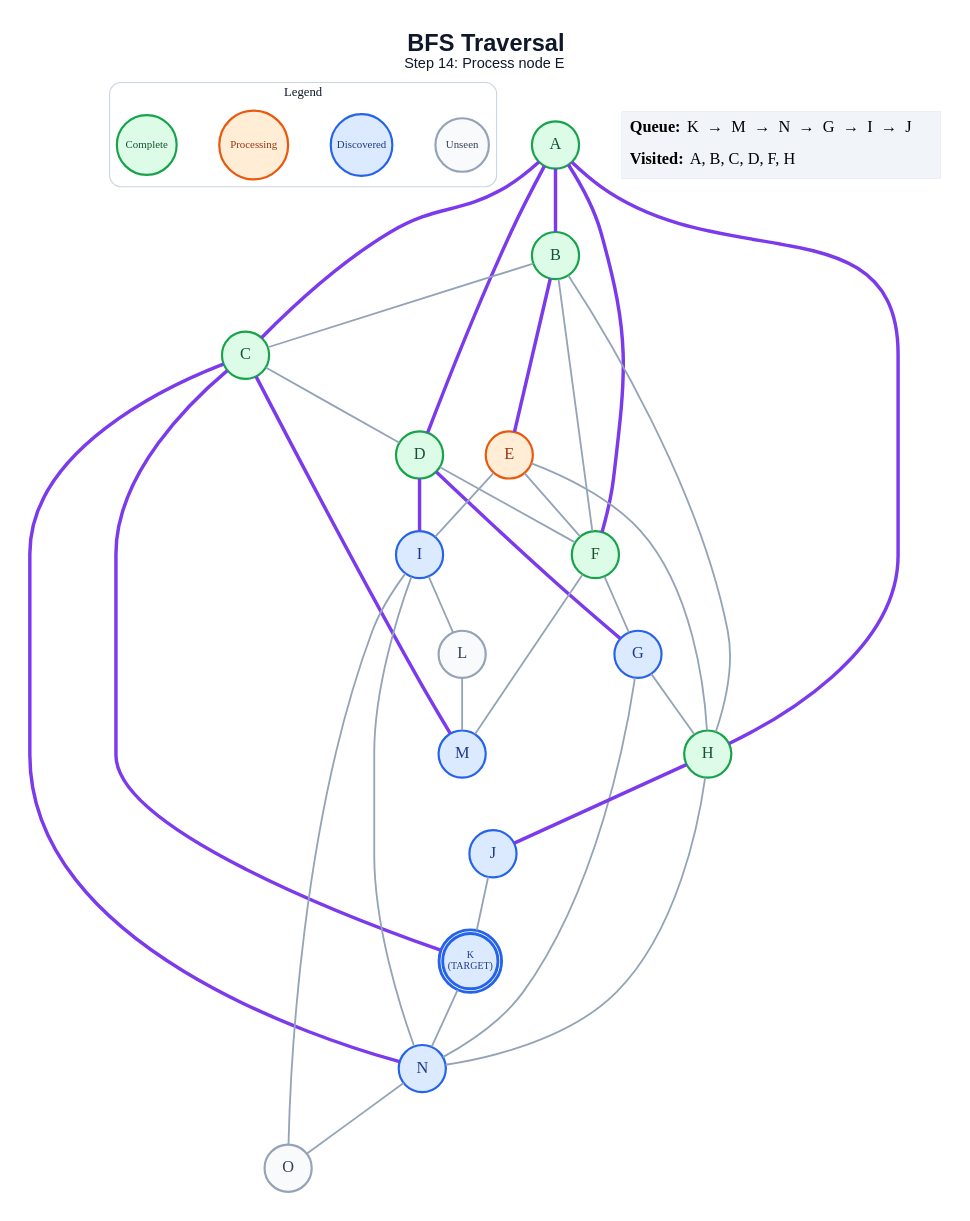
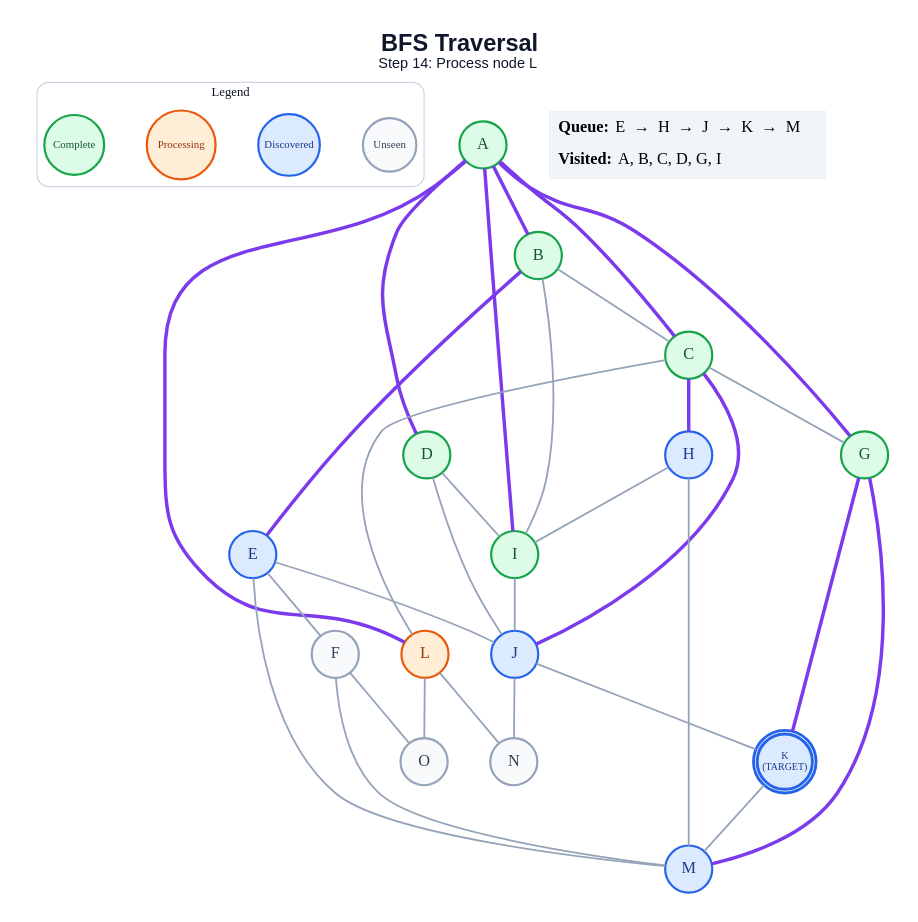
The diagram in generated/specific-node/bfs/step_14.dot (anon7238593-create/ai-slop), drawn with Graphviz before and after one commit. The commit also changed 236 other files, not shown here.

```diff
--- a/generated/specific-node/bfs/step_14.dot
+++ b/generated/specific-node/bfs/step_14.dot
@@ -1,66 +1,64 @@
 graph traversal {
   graph [layout=dot, rankdir=TB, bgcolor="#FFFFFF", pad="0.35", nodesep="0.65", ranksep="0.8", fontname="Arial"];
   node [shape=circle, style="filled", fontname="Arial Bold", fontsize=18, width=0.72, fixedsize=true, penwidth=2.4];
   edge [color="#94A3B8", penwidth=2.0];
-  label=<<B>BFS Traversal</B><BR/><FONT POINT-SIZE="16">Step 14: Process node E</FONT>>; labelloc="t"; fontsize=26; fontname="Arial"; fontcolor="#0F172A";
+  label=<<B>BFS Traversal</B><BR/><FONT POINT-SIZE="16">Step 14: Process node L</FONT>>; labelloc="t"; fontsize=26; fontname="Arial"; fontcolor="#0F172A";
   subgraph cluster_legend { label="Legend"; color="#CBD5E1"; penwidth=1.2; style="rounded"; fontsize=14; fontname="Arial Bold";
     key_unseen [label="Unseen", fillcolor="#F8FAFC", color="#94A3B8", fontcolor="#334155", fontsize=12, width=0.82];
     key_frontier [label="Discovered", fillcolor="#DBEAFE", color="#2563EB", fontcolor="#1E3A8A", fontsize=12, width=0.95];
     key_current [label="Processing", fillcolor="#FFEDD5", color="#EA580C", fontcolor="#9A3412", fontsize=12, width=1.05];
     key_done [label="Complete", fillcolor="#DCFCE7", color="#16A34A", fontcolor="#14532D", fontsize=12, width=0.92];
     { rank=same; key_unseen; key_frontier; key_current; key_done; }
   }
   A [label="A", fillcolor="#DCFCE7", color="#16A34A", fontcolor="#14532D", peripheries=1, penwidth=2.4];
   B [label="B", fillcolor="#DCFCE7", color="#16A34A", fontcolor="#14532D", peripheries=1, penwidth=2.4];
   C [label="C", fillcolor="#DCFCE7", color="#16A34A", fontcolor="#14532D", peripheries=1, penwidth=2.4];
   D [label="D", fillcolor="#DCFCE7", color="#16A34A", fontcolor="#14532D", peripheries=1, penwidth=2.4];
-  E [label="E", fillcolor="#FFEDD5", color="#EA580C", fontcolor="#9A3412", peripheries=1, penwidth=2.4];
-  F [label="F", fillcolor="#DCFCE7", color="#16A34A", fontcolor="#14532D", peripheries=1, penwidth=2.4];
-  G [label="G", fillcolor="#DBEAFE", color="#2563EB", fontcolor="#1E3A8A", peripheries=1, penwidth=2.4];
-  H [label="H", fillcolor="#DCFCE7", color="#16A34A", fontcolor="#14532D", peripheries=1, penwidth=2.4];
-  I [label="I", fillcolor="#DBEAFE", color="#2563EB", fontcolor="#1E3A8A", peripheries=1, penwidth=2.4];
+  E [label="E", fillcolor="#DBEAFE", color="#2563EB", fontcolor="#1E3A8A", peripheries=1, penwidth=2.4];
+  F [label="F", fillcolor="#F8FAFC", color="#94A3B8", fontcolor="#334155", peripheries=1, penwidth=2.4];
+  G [label="G", fillcolor="#DCFCE7", color="#16A34A", fontcolor="#14532D", peripheries=1, penwidth=2.4];
+  H [label="H", fillcolor="#DBEAFE", color="#2563EB", fontcolor="#1E3A8A", peripheries=1, penwidth=2.4];
+  I [label="I", fillcolor="#DCFCE7", color="#16A34A", fontcolor="#14532D", peripheries=1, penwidth=2.4];
   J [label="J", fillcolor="#DBEAFE", color="#2563EB", fontcolor="#1E3A8A", peripheries=1, penwidth=2.4];
   K [label="K\n(TARGET)", fillcolor="#DBEAFE", color="#2563EB", fontcolor="#1E3A8A", peripheries=2, penwidth=3.2, fontsize=11, width=0.85, height=0.85];
-  L [label="L", fillcolor="#F8FAFC", color="#94A3B8", fontcolor="#334155", peripheries=1, penwidth=2.4];
+  L [label="L", fillcolor="#FFEDD5", color="#EA580C", fontcolor="#9A3412", peripheries=1, penwidth=2.4];
   M [label="M", fillcolor="#DBEAFE", color="#2563EB", fontcolor="#1E3A8A", peripheries=1, penwidth=2.4];
-  N [label="N", fillcolor="#DBEAFE", color="#2563EB", fontcolor="#1E3A8A", peripheries=1, penwidth=2.4];
+  N [label="N", fillcolor="#F8FAFC", color="#94A3B8", fontcolor="#334155", peripheries=1, penwidth=2.4];
   O [label="O", fillcolor="#F8FAFC", color="#94A3B8", fontcolor="#334155", peripheries=1, penwidth=2.4];
   A -- B [color="#7C3AED", penwidth=3.8];
   A -- C [color="#7C3AED", penwidth=3.8];
   A -- D [color="#7C3AED", penwidth=3.8];
-  A -- F [color="#7C3AED", penwidth=3.8];
-  A -- H [color="#7C3AED", penwidth=3.8];
+  A -- G [color="#7C3AED", penwidth=3.8];
+  A -- I [color="#7C3AED", penwidth=3.8];
+  A -- L [color="#7C3AED", penwidth=3.8];
   B -- C;
   B -- E [color="#7C3AED", penwidth=3.8];
-  B -- F;
-  B -- H;
-  C -- D;
-  C -- K [color="#7C3AED", penwidth=3.8];
-  C -- M [color="#7C3AED", penwidth=3.8];
-  C -- N [color="#7C3AED", penwidth=3.8];
-  D -- F;
-  D -- G [color="#7C3AED", penwidth=3.8];
-  D -- I [color="#7C3AED", penwidth=3.8];
+  B -- I;
+  C -- G;
+  C -- H [color="#7C3AED", penwidth=3.8];
+  C -- J [color="#7C3AED", penwidth=3.8];
+  C -- L;
+  D -- I;
+  D -- J;
   E -- F;
-  E -- H;
-  E -- I;
-  F -- G;
+  E -- J;
+  E -- M;
   F -- M;
-  G -- H;
-  G -- N;
-  H -- J [color="#7C3AED", penwidth=3.8];
-  H -- N;
-  I -- L;
-  I -- N;
-  I -- O;
+  F -- O;
+  G -- K [color="#7C3AED", penwidth=3.8];
+  G -- M [color="#7C3AED", penwidth=3.8];
+  H -- I;
+  H -- M;
+  I -- J;
   J -- K;
-  K -- N;
-  L -- M;
-  N -- O;
+  J -- N;
+  K -- M;
+  L -- N;
+  L -- O;
   status [shape=plain, fixedsize=false, width=0, height=0, margin=0, label=<
     <TABLE BORDER="0" CELLBORDER="0" CELLPADDING="7" BGCOLOR="#F1F5F9">
-      <TR><TD ALIGN="LEFT"><B>Queue:</B> K  →  M  →  N  →  G  →  I  →  J</TD></TR>
-      <TR><TD ALIGN="LEFT"><B>Visited:</B> A, B, C, D, F, H</TD></TR>
+      <TR><TD ALIGN="LEFT"><B>Queue:</B> E  →  H  →  J  →  K  →  M</TD></TR>
+      <TR><TD ALIGN="LEFT"><B>Visited:</B> A, B, C, D, G, I</TD></TR>
     </TABLE>
   >];
 }
```
